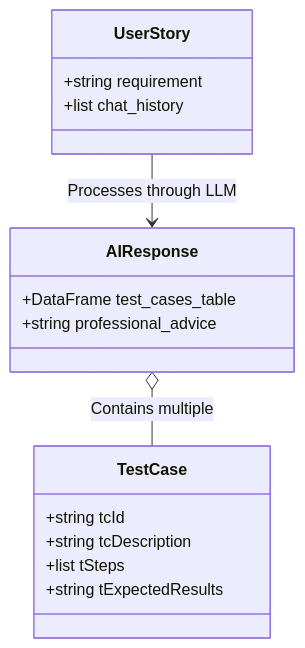
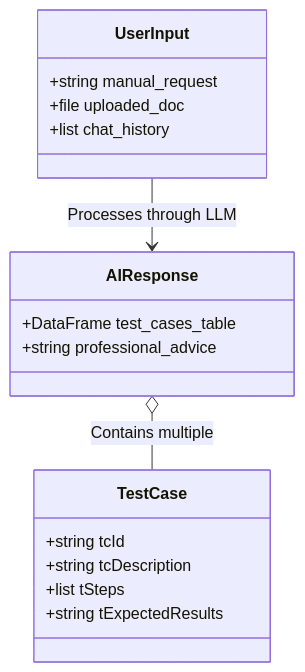
Before and after one commit to MKumaranAutomation/AITestCaseGenerator: the second of 2 diagrams in README.md, drawn with Mermaid. The commit also changed other lines of this file, not shown here.

````diff
--- a/README.md
+++ b/README.md
@@ -59,20 +68,21 @@
 ```mermaid
 classDiagram
-    class UserStory {
-        +string requirement
+    class UserInput {
+        +string manual_request
+        +file uploaded_doc
         +list chat_history
     }
     class TestCase {
         +string tcId
         +string tcDescription
         +list tSteps
         +string tExpectedResults
     }
     class AIResponse {
         +DataFrame test_cases_table
         +string professional_advice
     }
 
-    UserStory --> AIResponse : Processes through LLM
+    UserInput --> AIResponse : Processes through LLM
     AIResponse o-- TestCase : Contains multiple
 ```
````
